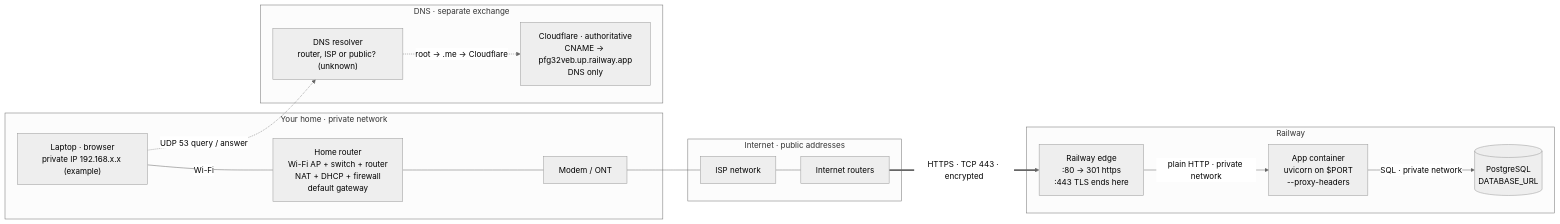
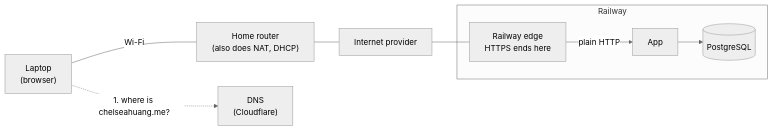
Before and after one commit to chelseahuang11/career-platform: the first of 2 diagrams in docs/diagrams/request-path.md, drawn with Mermaid (neutral theme). The commit also changed other lines of this file and 2 other files, not shown here.

Commit message:
Simplify the request path diagrams and add PNG exports

````diff
--- a/docs/diagrams/request-path.md
+++ b/docs/diagrams/request-path.md
@@ -9,29 +11,12 @@
 ```mermaid
 flowchart LR
-  subgraph HOME["Your home · private network"]
-    L["Laptop · browser<br/>private IP 192.168.x.x (example)"]
-    R["Home router<br/>Wi-Fi AP + switch + router<br/>NAT + DHCP + firewall<br/>default gateway"]
-    M["Modem / ONT"]
-  end
-  subgraph NET["Internet · public addresses"]
-    ISP["ISP network"]
-    IR["Internet routers"]
-  end
-  subgraph RW["Railway"]
-    E["Railway edge<br/>:80 → 301 https<br/>:443 TLS ends here"]
-    A["App container<br/>uvicorn on $PORT<br/>--proxy-headers"]
-    P[("PostgreSQL<br/>DATABASE_URL")]
-  end
-  subgraph DNS["DNS · separate exchange"]
-    RES["DNS resolver<br/>router, ISP or public? (unknown)"]
-    CF["Cloudflare · authoritative<br/>CNAME → pfg32veb.up.railway.app<br/>DNS only"]
+  L["Laptop<br/>(browser)"] -- Wi-Fi --- R["Home router<br/>(also does NAT, DHCP)"]
+  R --- ISP["Internet provider"] --- E
+
+  subgraph Railway
+    E["Railway edge<br/>HTTPS ends here"] -- plain HTTP --> A["App"]
+    A --> P[("PostgreSQL")]
   end
 
-  L -- "Wi-Fi" --- R --- M --- ISP --- IR
-  IR == "HTTPS · TCP 443 · encrypted" ==> E
-  E -- "plain HTTP · private network" --> A
-  A -- "SQL · private network" --> P
-
-  L -. "UDP 53 query / answer" .-> RES
-  RES -. "root → .me → Cloudflare" .-> CF
+  L -. "1. where is chelseahuang.me?" .-> D["DNS<br/>(Cloudflare)"]
 ```
````
